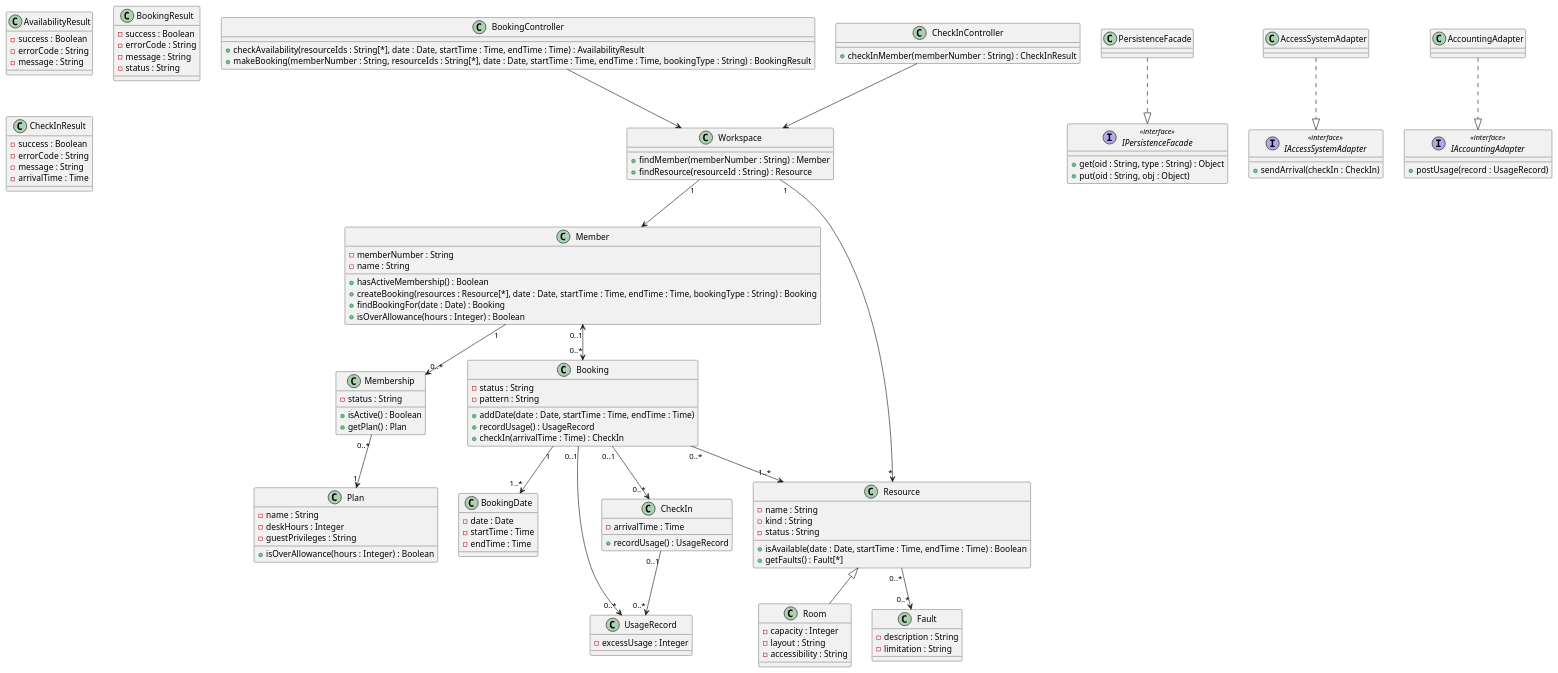
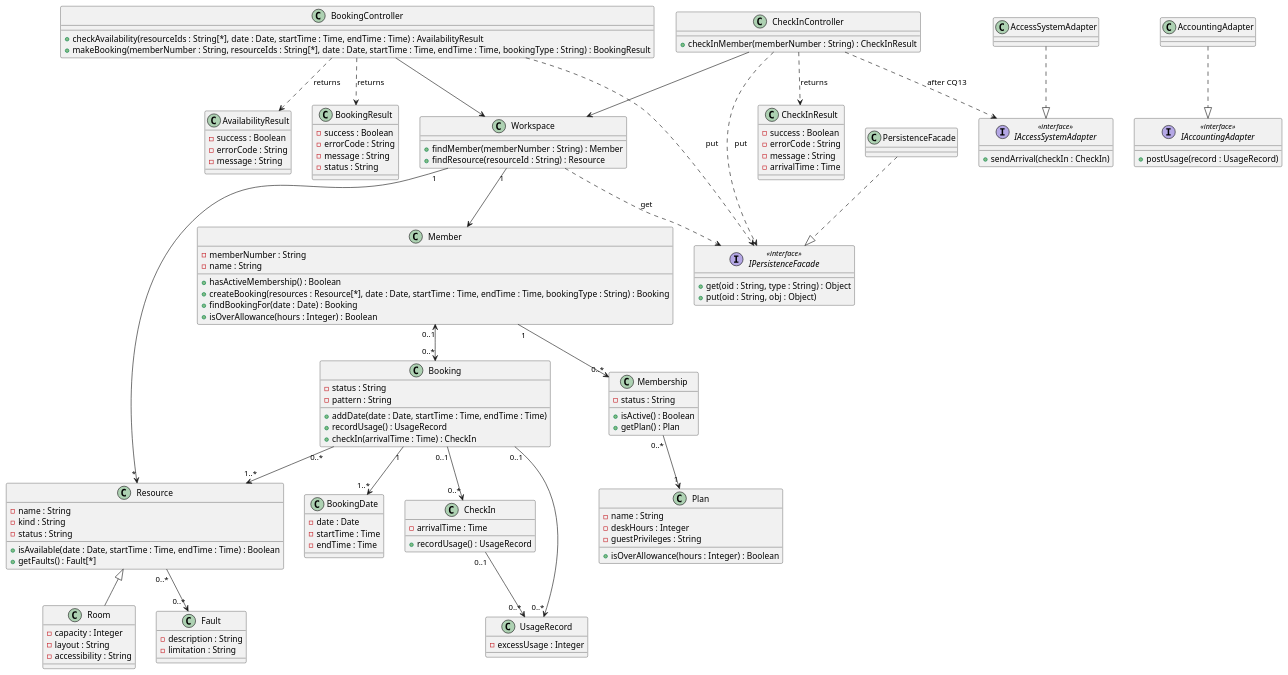
One commit to SwoopCodes/Object-Oriented-Analysis changed the diagram in ca2-design/diagrams/class-diagram.puml. Above: the diagram before and after it, drawn with PlantUML. The commit also changed 1 other file, not shown here.

Commit message:
Updated class diagram puml and png

```diff
--- a/ca2-design/diagrams/class-diagram.puml
+++ b/ca2-design/diagrams/class-diagram.puml
@@ -1,140 +1,153 @@
 @startuml
 
 class BookingController {
   + checkAvailability(resourceIds : String[*], date : Date, startTime : Time, endTime : Time) : AvailabilityResult
   + makeBooking(memberNumber : String, resourceIds : String[*], date : Date, startTime : Time, endTime : Time, bookingType : String) : BookingResult
 }
 
 class CheckInController {
   + checkInMember(memberNumber : String) : CheckInResult
 }
 
 class Workspace {
   + findMember(memberNumber : String) : Member
   + findResource(resourceId : String) : Resource
 }
 
 class Member {
   - memberNumber : String
   - name : String
   + hasActiveMembership() : Boolean
   + createBooking(resources : Resource[*], date : Date, startTime : Time, endTime : Time, bookingType : String) : Booking
   + findBookingFor(date : Date) : Booking
   + isOverAllowance(hours : Integer) : Boolean
 }
 
 class Membership {
   - status : String
   + isActive() : Boolean
   + getPlan() : Plan
 }
 
 class Plan {
   - name : String
   - deskHours : Integer
   - guestPrivileges : String
   + isOverAllowance(hours : Integer) : Boolean
 }
 
 class Booking {
   - status : String
   - pattern : String
   + addDate(date : Date, startTime : Time, endTime : Time)
   + recordUsage() : UsageRecord
   + checkIn(arrivalTime : Time) : CheckIn
 }
 
 class BookingDate {
   - date : Date
   - startTime : Time
   - endTime : Time
 }
 
 class Resource {
   - name : String
   - kind : String
   - status : String
   + isAvailable(date : Date, startTime : Time, endTime : Time) : Boolean
   + getFaults() : Fault[*]
 }
 
 class Room {
   - capacity : Integer
   - layout : String
   - accessibility : String
 }
 
 class Fault {
   - description : String
   - limitation : String
 }
 
 class CheckIn {
   - arrivalTime : Time
   + recordUsage() : UsageRecord
 }
 
 class UsageRecord {
   - excessUsage : Integer
 }
 
 BookingController --> Workspace
 CheckInController --> Workspace
 Workspace "1" --> Member
 Workspace "1" --> "*" Resource
 Member "1" --> "0..*" Membership
 Membership "0..*" --> "1" Plan
 Member "0..1" <--> "0..*" Booking
 Booking "1" --> "1..*" BookingDate
 Booking "0..*" --> "1..*" Resource
 Booking "0..1" --> "0..*" CheckIn
 Booking "0..1" --> "0..*" UsageRecord
 CheckIn "0..1" --> "0..*" UsageRecord
 Resource "0..*" --> "0..*" Fault
 
 Resource <|-- Room
 
 ' ---- T20: result types (step 17 needs these to exist) ----
 class AvailabilityResult {
   - success : Boolean
   - errorCode : String
   - message : String
 }
 
 class BookingResult {
   - success : Boolean
   - errorCode : String
   - message : String
   - status : String
 }
 
 class CheckInResult {
   - success : Boolean
   - errorCode : String
   - message : String
   - arrivalTime : Time
 }
 
 ' ---- T20: interfaces (step 15) ----
 interface IPersistenceFacade <<interface>> {
   + get(oid : String, type : String) : Object
   + put(oid : String, obj : Object)
 }
 
 interface IAccessSystemAdapter <<interface>> {
   + sendArrival(checkIn : CheckIn)
 }
 
 interface IAccountingAdapter <<interface>> {
   + postUsage(record : UsageRecord)
 }
 
 ' ---- T20: classes that provide them (step 16) ----
 class PersistenceFacade
 class AccessSystemAdapter
 class AccountingAdapter
 
 PersistenceFacade ..|> IPersistenceFacade
 AccessSystemAdapter ..|> IAccessSystemAdapter
 AccountingAdapter ..|> IAccountingAdapter
+
+' ---- T20: who returns / uses what ----
+' controllers make these results and hand them back
+BookingController ..> AvailabilityResult : returns
+BookingController ..> BookingResult : returns
+CheckInController ..> CheckInResult : returns
+
+' who uses each interface (architecture.md section 2)
+Workspace ..> IPersistenceFacade : get
+BookingController ..> IPersistenceFacade : put
+CheckInController ..> IPersistenceFacade : put
+CheckInController ..> IAccessSystemAdapter : after CQ13
+
 @enduml
```
